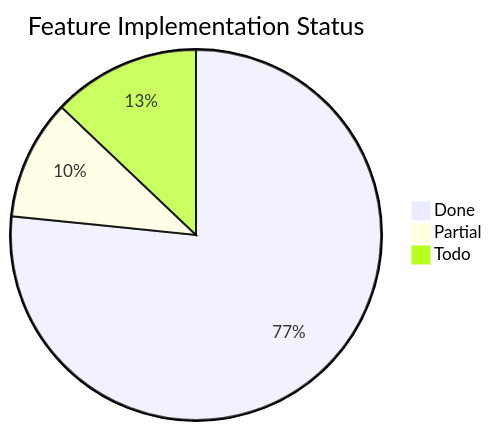
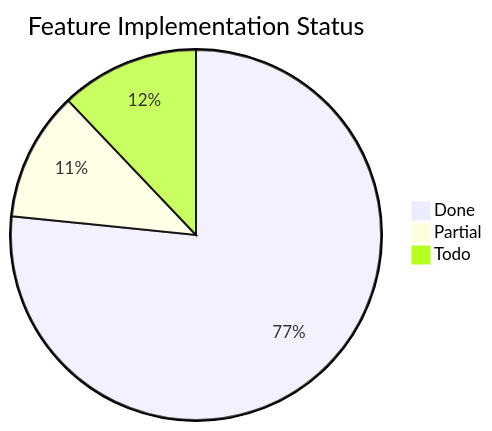
The third of 3 diagrams in docs/word-features.md (Papyrine/Morph), drawn with Mermaid before and after one commit. The commit also changed other lines of this file and 102 other files, not shown here.

````diff
--- a/docs/word-features.md
+++ b/docs/word-features.md
@@ -1910,6 +1914,6 @@
 ```mermaid
 pie title Feature Implementation Status
     "Done" : 95
-    "Partial" : 13
-    "Todo" : 16
+    "Partial" : 14
+    "Todo" : 15
 ```
````
